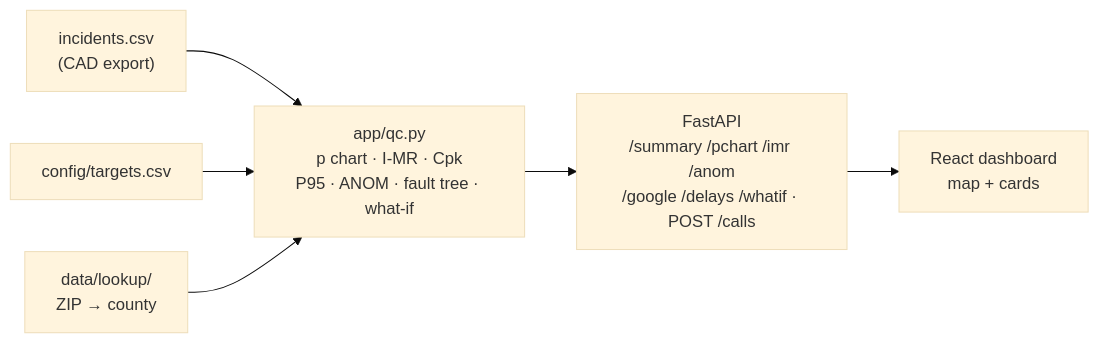
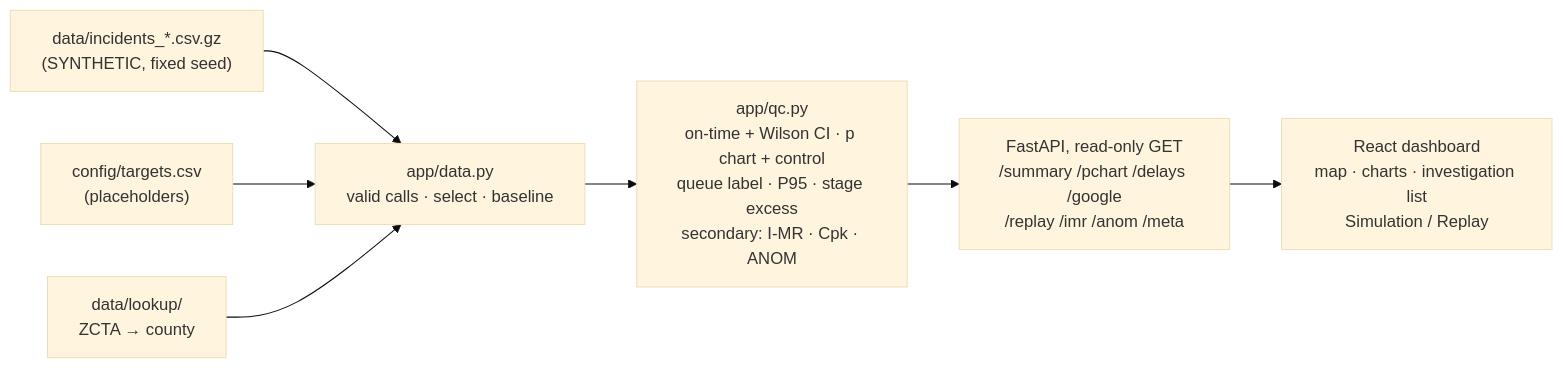
One commit to allyannap/sixsigma changed the diagram in README.md. Above: the diagram before and after it, drawn with Mermaid (base theme). The commit also changed other lines of this file and 49 other files, not shown here.

````diff
--- a/README.md
+++ b/README.md
@@ -77,8 +82,9 @@
 ```mermaid
 flowchart LR
-  csv["incidents.csv<br>(CAD export)"] --> qc["app/qc.py<br>p chart · I-MR · Cpk<br>P95 · ANOM · fault tree · what-if"]
-  tg["config/targets.csv"] --> qc
-  lk["data/lookup/<br>ZIP → county"] --> qc
-  qc --> api["FastAPI<br>/summary /pchart /imr /anom<br>/google /delays /whatif · POST /calls"]
-  api --> ui["React dashboard<br>map + cards"]
+  csv["data/incidents_*.csv.gz<br>(SYNTHETIC, fixed seed)"] --> dl["app/data.py<br>valid calls · select · baseline"]
+  tg["config/targets.csv<br>(placeholders)"] --> dl
+  lk["data/lookup/<br>ZCTA → county"] --> dl
+  dl --> qc["app/qc.py<br>on-time + Wilson CI · p chart + control<br>queue label · P95 · stage excess<br>secondary: I-MR · Cpk · ANOM"]
+  qc --> api["FastAPI, read-only GET<br>/summary /pchart /delays /google<br>/replay /imr /anom /meta"]
+  api --> ui["React dashboard<br>map · charts · investigation list<br>Simulation / Replay"]
 ```
````
